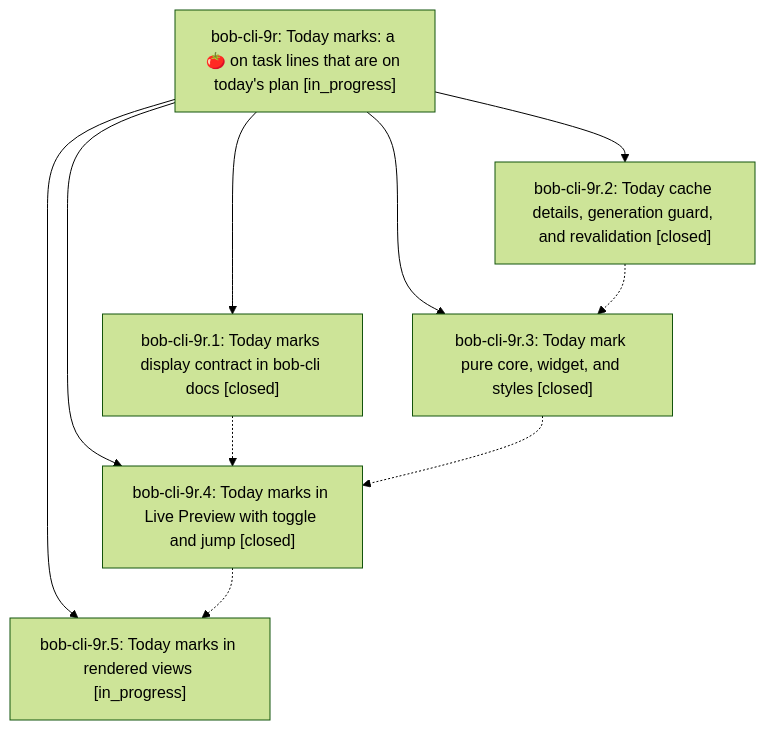
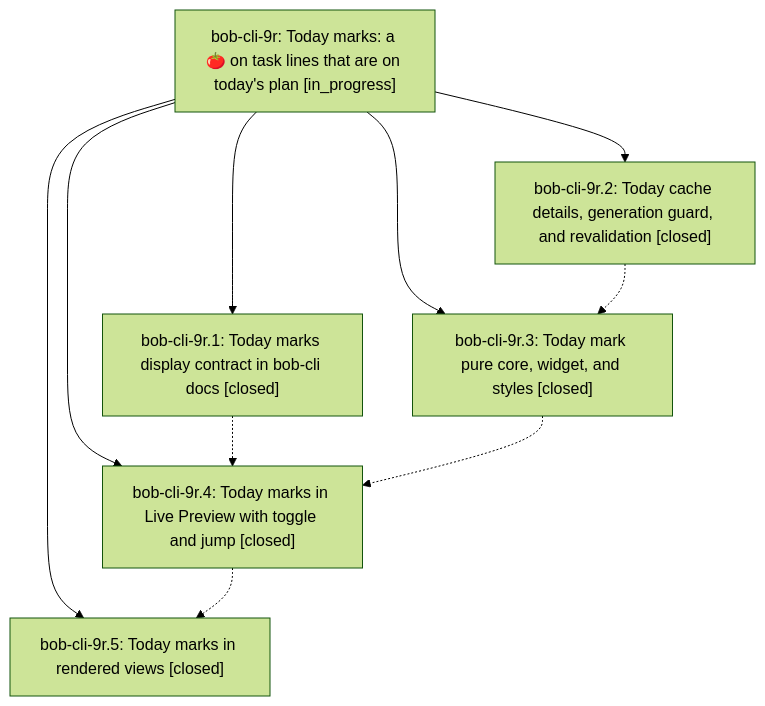
The diagram in pages/bob-cli-9r/README.md (bobs-org/bob-cli--beads), drawn with Mermaid (forest theme) before and after one commit. The commit also changed other lines of this file and 2 other files, not shown here.

First line of the commit message:
chore(beads): sync bead state and pages for bob-cli-9r

````diff
--- a/pages/bob-cli-9r/README.md
+++ b/pages/bob-cli-9r/README.md
@@ -40,18 +40,18 @@
 ```mermaid
 flowchart TD
     n0["bob-cli-9r: Today marks: a 🍅 on task lines that are on today's plan [in_progress]"]
     n1["bob-cli-9r.1: Today marks display contract in bob-cli docs [closed]"]
     n2["bob-cli-9r.2: Today cache details, generation guard, and revalidation [closed]"]
     n3["bob-cli-9r.3: Today mark pure core, widget, and styles [closed]"]
     n4["bob-cli-9r.4: Today marks in Live Preview with toggle and jump [closed]"]
-    n5["bob-cli-9r.5: Today marks in rendered views [in_progress]"]
+    n5["bob-cli-9r.5: Today marks in rendered views [closed]"]
     n0 --> n1
     n0 --> n2
     n0 --> n3
     n0 --> n4
     n0 --> n5
     n1 -.-> n4
     n2 -.-> n3
     n3 -.-> n4
     n4 -.-> n5
 ```
````
